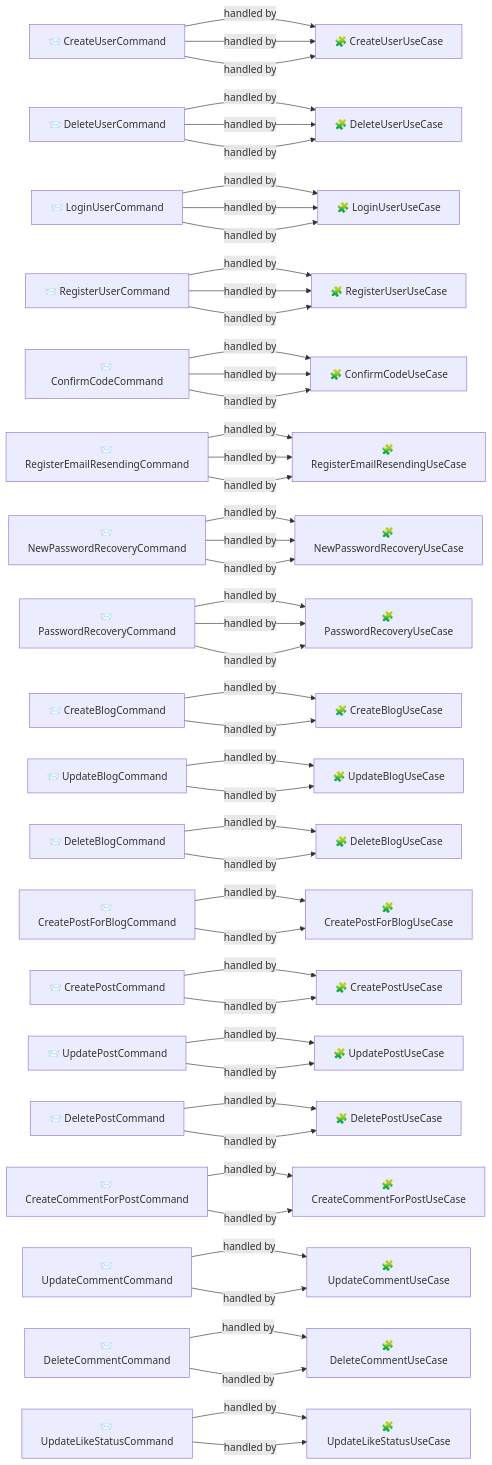
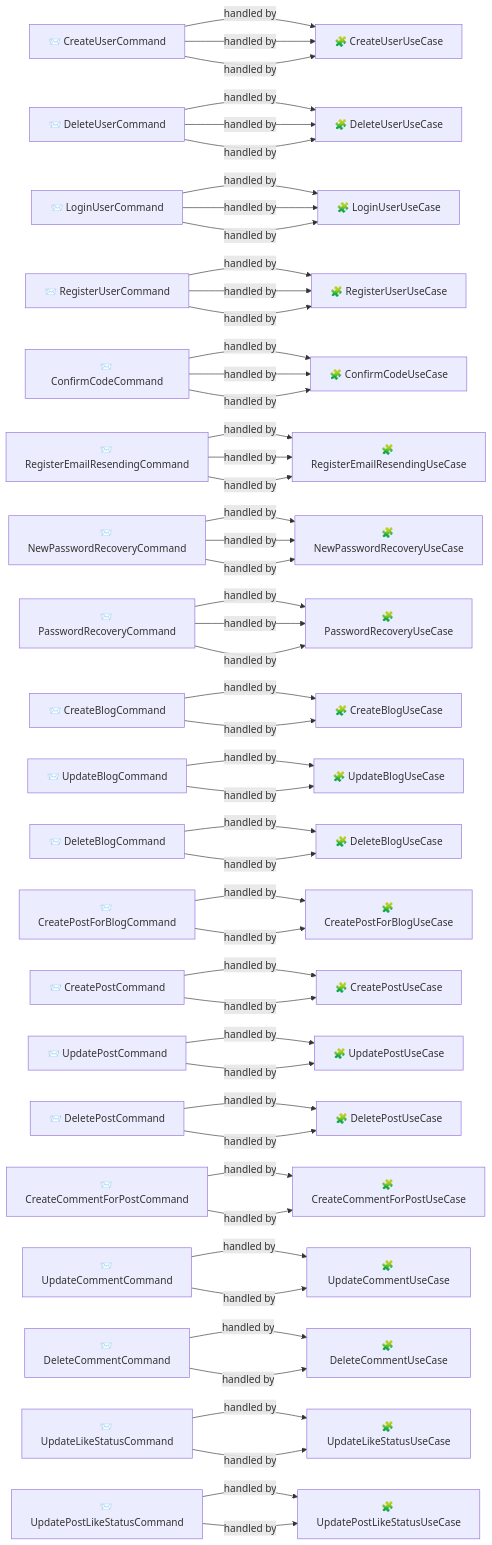
Diagram 14 of 14 in nest-graph.md (anechka002/blogger_platform_nest_sql), drawn with Mermaid before and after one commit. The commit also changed other lines of this file and 7 other files, not shown here.

Commit message:
feat(comments): implement post like status

```diff
--- a/nest-graph.md
+++ b/nest-graph.md
@@ -532,6 +546,8 @@
   handler_DeleteCommentUseCase["🧩 DeleteCommentUseCase"]
   command_UpdateLikeStatusCommand["📨 UpdateLikeStatusCommand"]
   handler_UpdateLikeStatusUseCase["🧩 UpdateLikeStatusUseCase"]
+  command_UpdatePostLikeStatusCommand["📨 UpdatePostLikeStatusCommand"]
+  handler_UpdatePostLikeStatusUseCase["🧩 UpdatePostLikeStatusUseCase"]
   command_CreateUserCommand -->|handled by| handler_CreateUserUseCase
   command_DeleteUserCommand -->|handled by| handler_DeleteUserUseCase
   command_LoginUserCommand -->|handled by| handler_LoginUserUseCase
@@ -551,6 +567,7 @@
   command_UpdateCommentCommand -->|handled by| handler_UpdateCommentUseCase
   command_DeleteCommentCommand -->|handled by| handler_DeleteCommentUseCase
   command_UpdateLikeStatusCommand -->|handled by| handler_UpdateLikeStatusUseCase
+  command_UpdatePostLikeStatusCommand -->|handled by| handler_UpdatePostLikeStatusUseCase
   command_CreateUserCommand -->|handled by| handler_CreateUserUseCase
   command_DeleteUserCommand -->|handled by| handler_DeleteUserUseCase
   command_LoginUserCommand -->|handled by| handler_LoginUserUseCase
@@ -570,6 +587,7 @@
   command_UpdateCommentCommand -->|handled by| handler_UpdateCommentUseCase
   command_DeleteCommentCommand -->|handled by| handler_DeleteCommentUseCase
   command_UpdateLikeStatusCommand -->|handled by| handler_UpdateLikeStatusUseCase
+  command_UpdatePostLikeStatusCommand -->|handled by| handler_UpdatePostLikeStatusUseCase
   command_CreateUserCommand -->|handled by| handler_CreateUserUseCase
   command_DeleteUserCommand -->|handled by| handler_DeleteUserUseCase
   command_LoginUserCommand -->|handled by| handler_LoginUserUseCase
```
